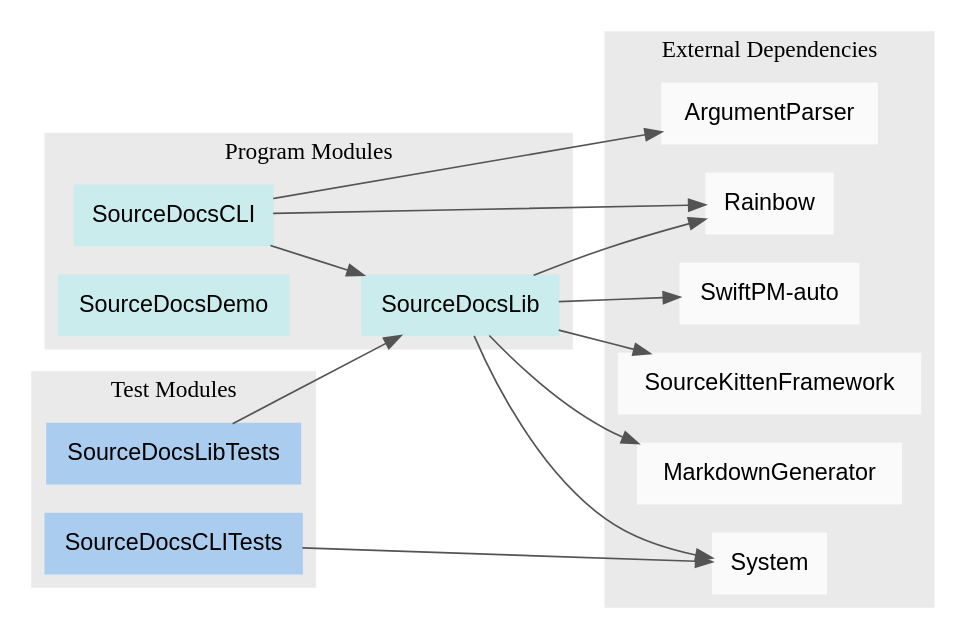
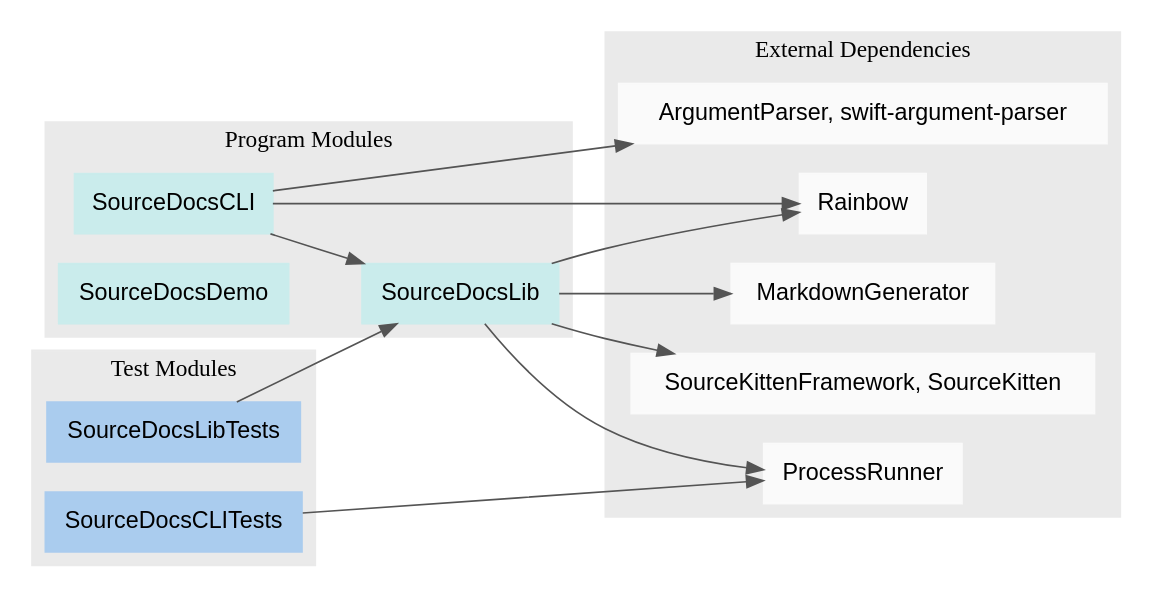
One commit to SourceDocs/SourceDocs changed the diagram in docs/PackageModules.dot. Above: the diagram before and after it, drawn with Graphviz. The commit also changed 7 other files, not shown here.

```diff
--- a/docs/PackageModules.dot
+++ b/docs/PackageModules.dot
@@ -1,41 +1,39 @@
 digraph ModuleDependencyGraph {
     rankdir = LR
     graph [fontname="Helvetica-light", style = filled, color = "#eaeaea"]
     node [shape=box, fontname="Helvetica", style=filled]
     edge [color="#545454"]
 
     subgraph clusterRegular {
     label = "Program Modules"
     node [color="#caecec"]
     "SourceDocsCLI"
     "SourceDocsLib"
     "SourceDocsDemo"
 }
     subgraph clusterTest {
     label = "Test Modules"
     node [color="#aaccee"]
     "SourceDocsCLITests"
     "SourceDocsLibTests"
 }
     subgraph clusterExternal {
     label = "External Dependencies"
     node [color="#fafafa"]
-    "ArgumentParser"
+    "ArgumentParser, swift-argument-parser"
     "MarkdownGenerator"
+    "ProcessRunner"
     "Rainbow"
-    "SourceKittenFramework"
-    "SwiftPM-auto"
-    "System"
+    "SourceKittenFramework, SourceKitten"
 }
 
-    "SourceDocsCLI" -> "ArgumentParser"
+    "SourceDocsCLI" -> "ArgumentParser, swift-argument-parser"
     "SourceDocsCLI" -> "SourceDocsLib"
     "SourceDocsCLI" -> "Rainbow"
-    "SourceDocsLib" -> "SourceKittenFramework"
-    "SourceDocsLib" -> "SwiftPM-auto"
+    "SourceDocsLib" -> "SourceKittenFramework, SourceKitten"
     "SourceDocsLib" -> "MarkdownGenerator"
     "SourceDocsLib" -> "Rainbow"
-    "SourceDocsLib" -> "System"
-    "SourceDocsCLITests" -> "System"
+    "SourceDocsLib" -> "ProcessRunner"
+    "SourceDocsCLITests" -> "ProcessRunner"
     "SourceDocsLibTests" -> "SourceDocsLib"
 }
```
